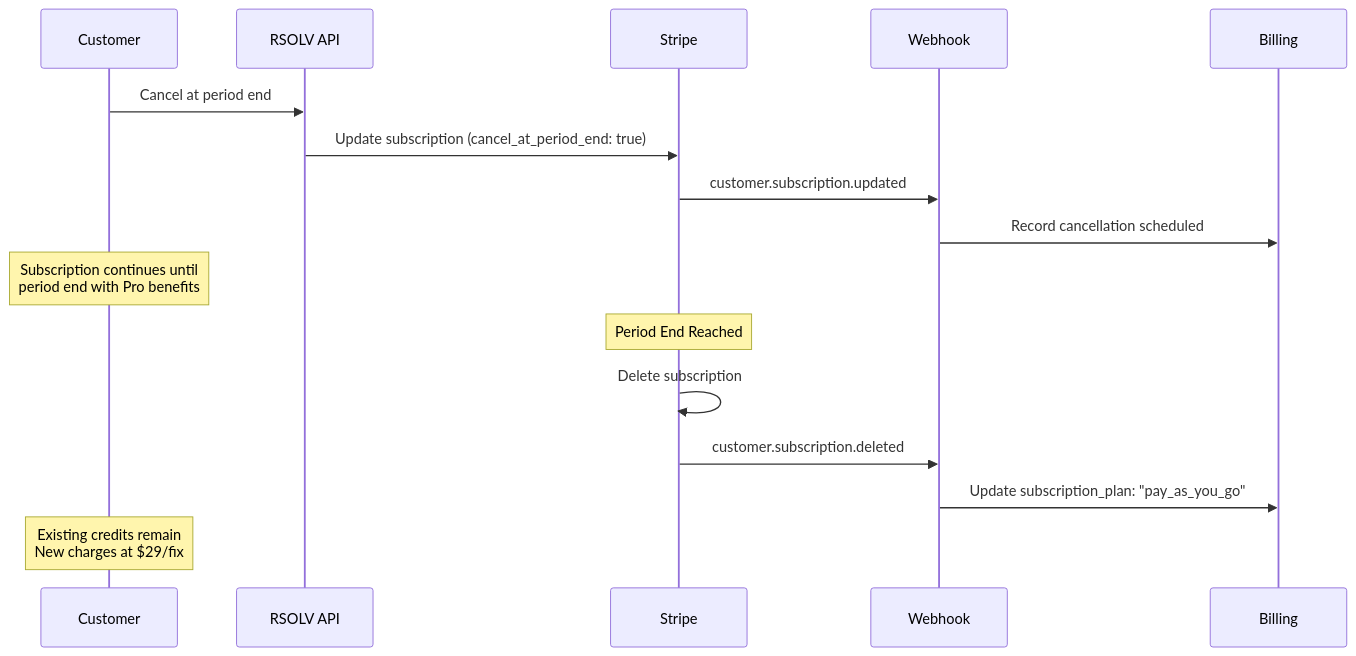
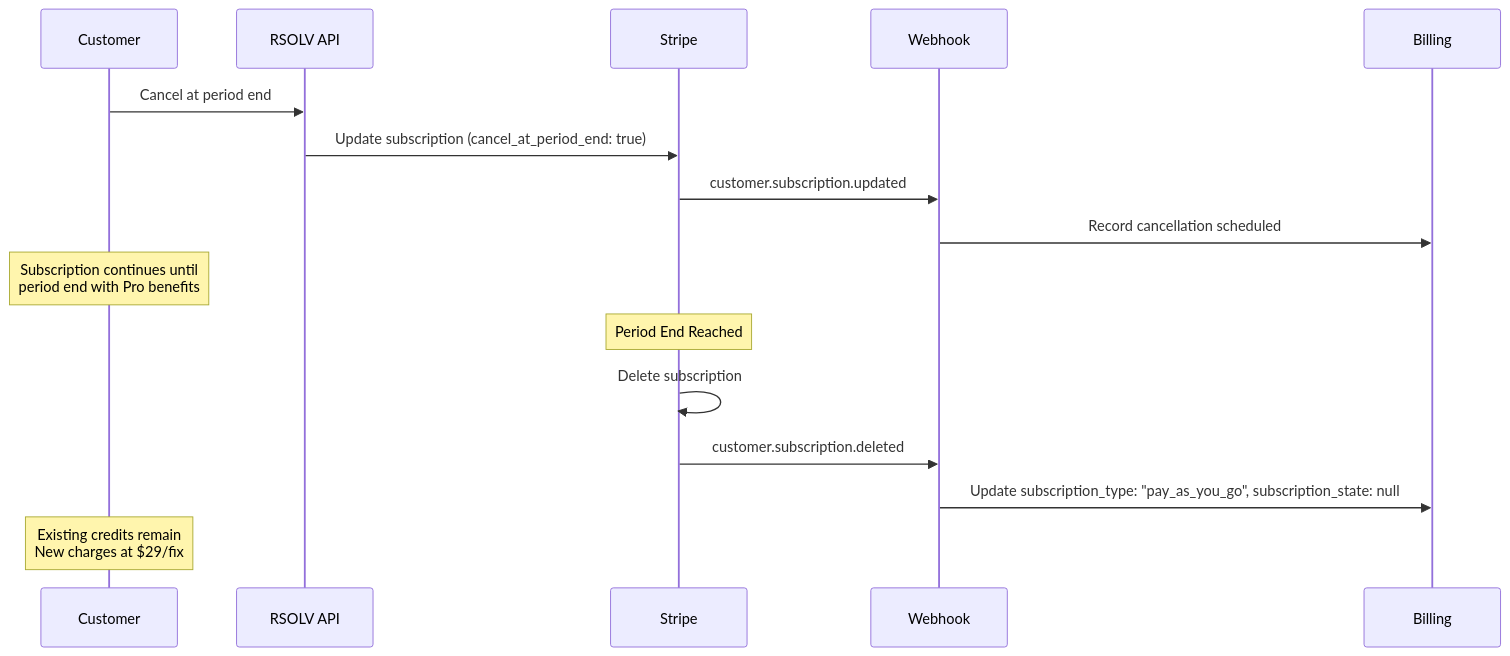
The fourth of 4 diagrams in RFCs/RFC-066-STRIPE-BILLING-INTEGRATION.md (RSOLV-dev/rsolv-action), drawn with Mermaid before and after one commit. The commit also changed other lines of this file and 4 other files, not shown here.

First line of the commit message:
Refactor subscription fields: separate type from state

````diff
--- a/RFCs/RFC-066-STRIPE-BILLING-INTEGRATION.md
+++ b/RFCs/RFC-066-STRIPE-BILLING-INTEGRATION.md
@@ -267,20 +273,20 @@
 ```mermaid
 sequenceDiagram
     participant C as Customer
     participant R as RSOLV API
     participant S as Stripe
     participant W as Webhook
     participant B as Billing
 
     C->>R: Cancel at period end
     R->>S: Update subscription (cancel_at_period_end: true)
     S->>W: customer.subscription.updated
     W->>B: Record cancellation scheduled
     Note over C: Subscription continues until<br/>period end with Pro benefits
 
     Note over S: Period End Reached
     S->>S: Delete subscription
     S->>W: customer.subscription.deleted
-    W->>B: Update subscription_plan: "pay_as_you_go"
+    W->>B: Update subscription_type: "pay_as_you_go", subscription_state: null
     Note over C: Existing credits remain<br/>New charges at $29/fix
 ```
````
